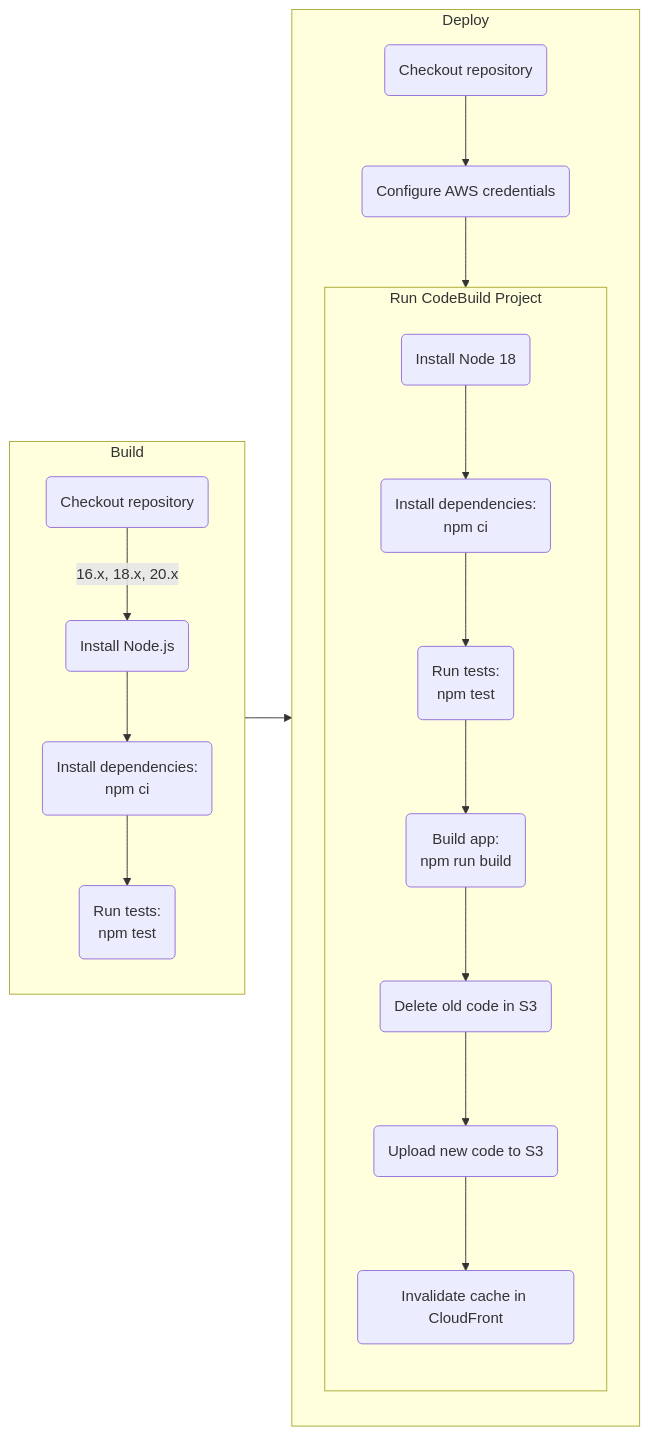
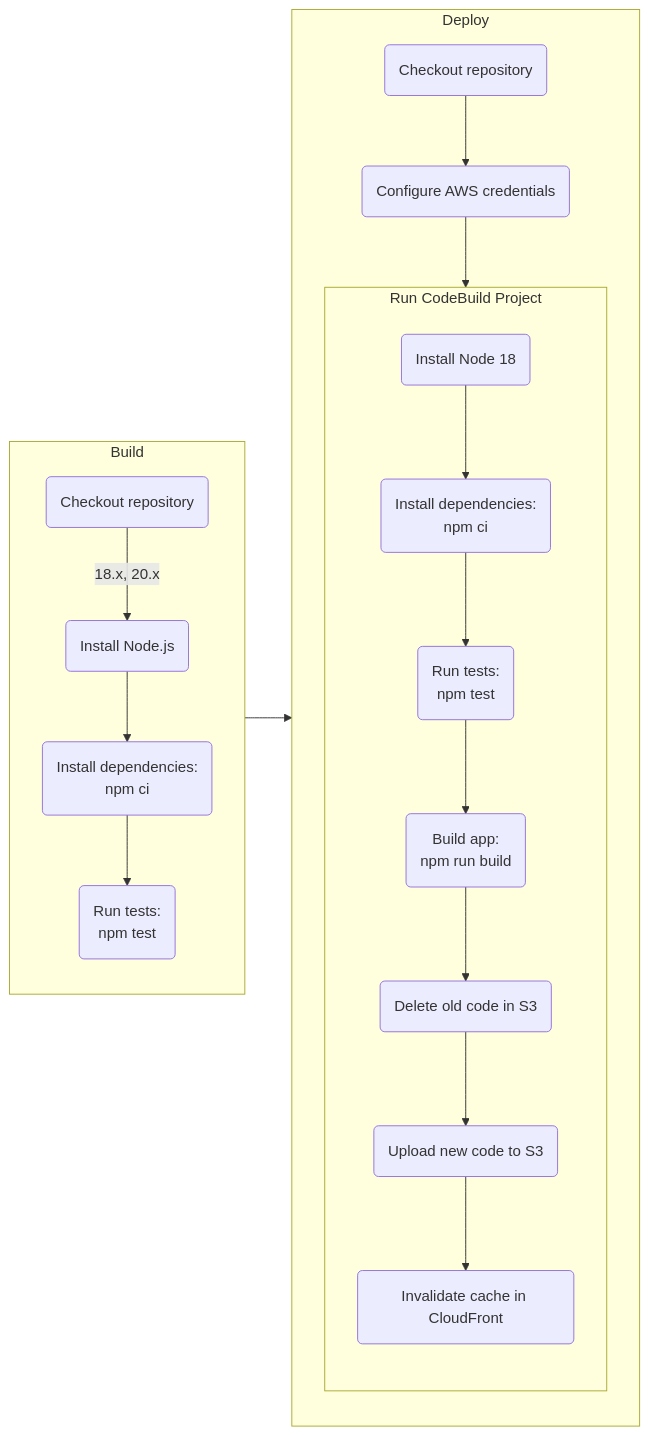
One commit to Abhiek187/aws-shop changed the first of 4 diagrams in README.md. Above: the diagram before and after it, drawn with Mermaid. The commit also changed 1 other file, not shown here.

Commit message:
Remove Node 16 from tests

````diff
--- a/README.md
+++ b/README.md
@@ -48,28 +48,28 @@
 ```mermaid
 flowchart LR
 
 A --> B
 
 subgraph A [Build]
 direction TB
-C(Checkout repository) -->|16.x, 18.x, 20.x| D(Install Node.js)
+C(Checkout repository) -->|18.x, 20.x| D(Install Node.js)
 D --> E(Install dependencies:\nnpm ci)
 E --> F(Run tests:\nnpm test)
 end
 
 subgraph B [Deploy]
 direction TB
 G(Checkout repository) --> H(Configure AWS credentials)
 H --> I
 end
 
 subgraph I [Run CodeBuild Project]
 direction TB
 J(Install Node 18) --> K(Install dependencies:\nnpm ci)
 K --> L(Run tests:\nnpm test)
 L --> M(Build app:\nnpm run build)
 M --> N(Delete old code in S3)
 N --> O(Upload new code to S3)
 O --> P(Invalidate cache in CloudFront)
 end
 ```
````
